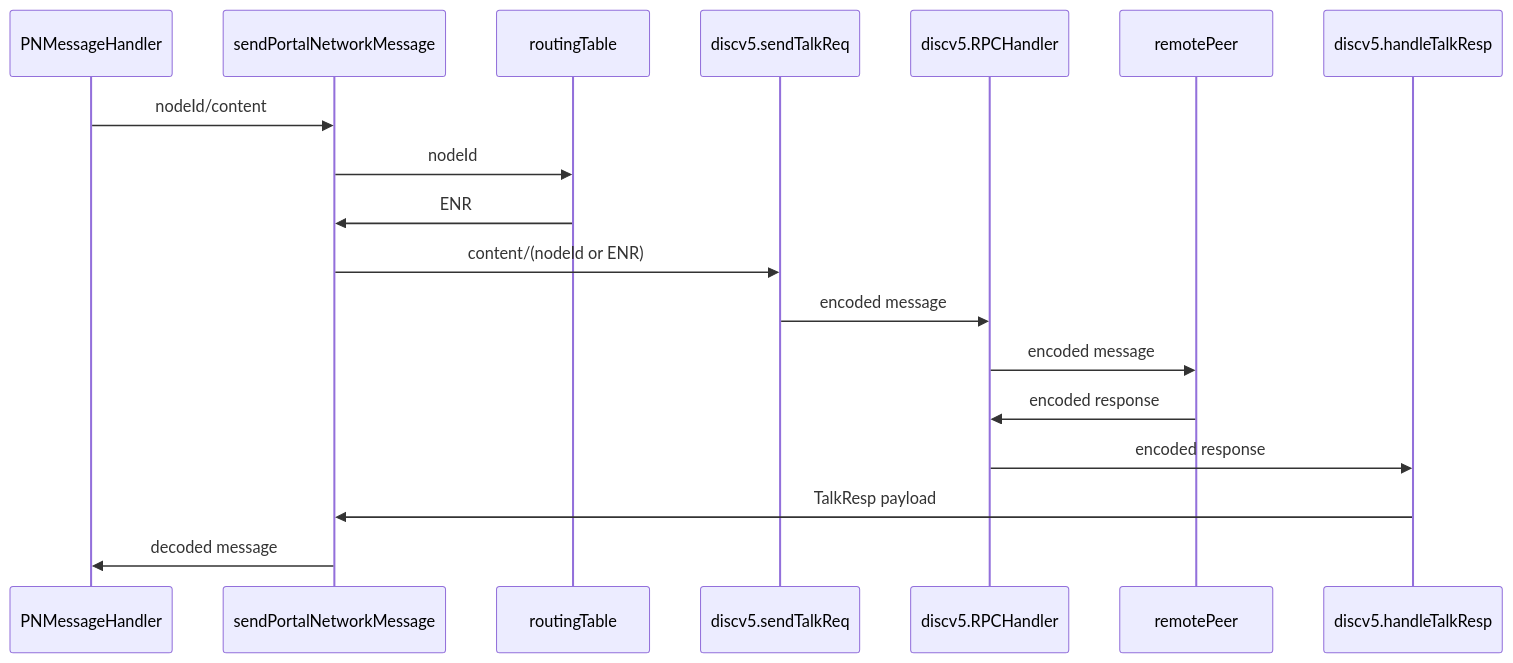
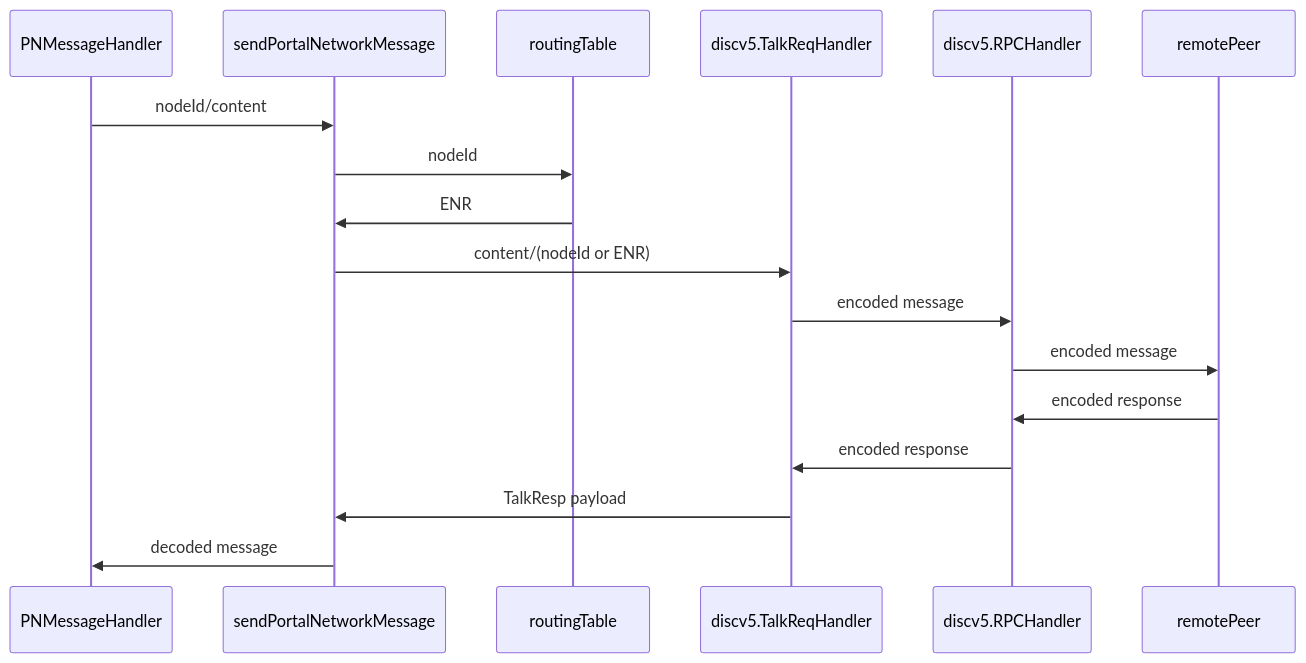
Before and after one commit to ethereumjs/ultralight: the fourth of 4 diagrams in packages/portalnetwork/ARCHITECTURE.md, drawn with Mermaid.

Commit message:
abstract talkreqhandler

````diff
--- a/packages/portalnetwork/ARCHITECTURE.md
+++ b/packages/portalnetwork/ARCHITECTURE.md
@@ -45,14 +45,14 @@
 ```mermaid
     sequenceDiagram
         PNMessageHandler->>sendPortalNetworkMessage: nodeId/content
         sendPortalNetworkMessage->>routingTable: nodeId
         routingTable->>sendPortalNetworkMessage: ENR
-        sendPortalNetworkMessage->>discv5.sendTalkReq: content/(nodeId or ENR)
-        discv5.sendTalkReq->>discv5.RPCHandler: encoded message
+        sendPortalNetworkMessage->>discv5.TalkReqHandler: content/(nodeId or ENR)
+        discv5.TalkReqHandler->>discv5.RPCHandler: encoded message
         discv5.RPCHandler->>remotePeer: encoded message
         remotePeer->>discv5.RPCHandler: encoded response
-        discv5.RPCHandler->>discv5.handleTalkResp: encoded response
-        discv5.handleTalkResp->>sendPortalNetworkMessage: TalkResp payload
+        discv5.RPCHandler->>discv5.TalkReqHandler: encoded response
+        discv5.TalkReqHandler->>sendPortalNetworkMessage: TalkResp payload
         sendPortalNetworkMessage->>PNMessageHandler: decoded message
         
 ```
````
